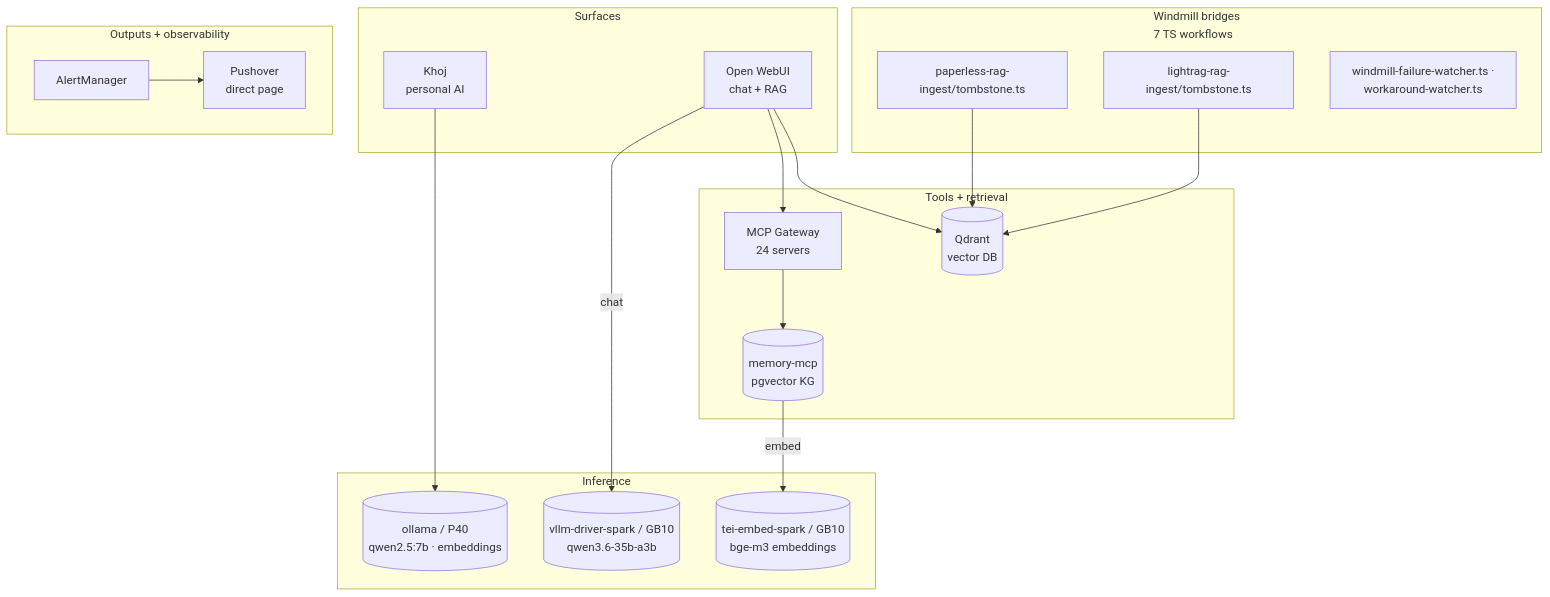
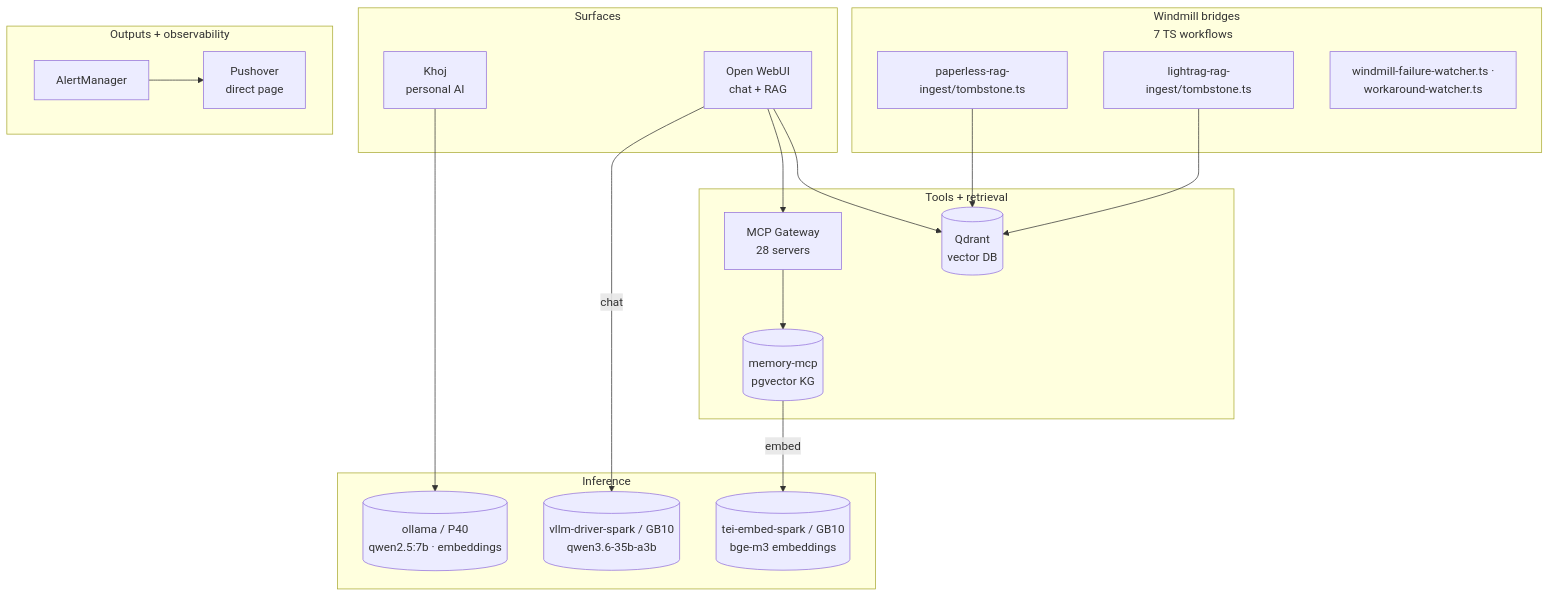
The second of 2 diagrams in README.md (rwlove/home-ops), drawn with Mermaid before and after one commit. The commit also changed other lines of this file and 27 other files, not shown here.

First line of the commit message:
feat(mcp-gateway): Phase 2 Batch B1b — federate health/health-rw (cross-ns) + notify/pr (same-ns) (#15814)

````diff
--- a/README.md
+++ b/README.md
@@ -317,39 +317,39 @@
 ```mermaid
 flowchart TB
     subgraph Surfaces[Surfaces]
         OWUI[Open WebUI<br/>chat + RAG]
         Khoj[Khoj<br/>personal AI]
     end
 
     subgraph Bridges[Windmill bridges<br/>7 TS workflows]
         WPaperless[paperless-rag-ingest/tombstone.ts]
         WLightrag[lightrag-rag-ingest/tombstone.ts]
         WOther[windmill-failure-watcher.ts ·<br/>workaround-watcher.ts]
     end
 
     subgraph Inference[Inference]
         OllamaP40[(ollama / P40<br/>qwen2.5:7b · embeddings)]
         VllmDriver[(vllm-driver-spark / GB10<br/>qwen3.6-35b-a3b)]
         TeiEmbed[(tei-embed-spark / GB10<br/>bge-m3 embeddings)]
     end
 
     subgraph Tools[Tools + retrieval]
-        Gw[MCP Gateway<br/>24 servers]
+        Gw[MCP Gateway<br/>28 servers]
         Q[(Qdrant<br/>vector DB)]
         Mem[(memory-mcp<br/>pgvector KG)]
     end
 
     subgraph Outputs[Outputs + observability]
         AM[AlertManager]
         Push[Pushover<br/>direct page]
     end
 
     OWUI -->|chat| VllmDriver
     OWUI --> Gw --> Mem
     OWUI --> Q
     Mem -->|embed| TeiEmbed
     Khoj --> OllamaP40
     WPaperless --> Q
     WLightrag --> Q
     AM --> Push
 ```
````
